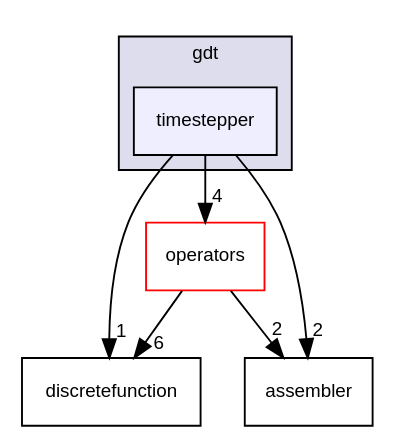
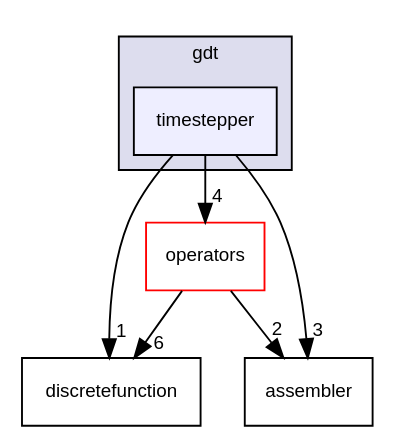
Before and after one commit to dune-community/dune-community.github.io: the diagram in docs/dune-gdt/''/dir_af7047e8b8f103b627ea592a78989197_dep.dot, drawn with Graphviz. The commit also changed 3703 other files, not shown here.

```diff
--- a/docs/dune-gdt/''/dir_af7047e8b8f103b627ea592a78989197_dep.dot
+++ b/docs/dune-gdt/''/dir_af7047e8b8f103b627ea592a78989197_dep.dot
@@ -1,17 +1,17 @@
 digraph "timestepper" {
   compound=true
   node [ fontsize="10", fontname="Helvetica"];
   edge [ labelfontsize="10", labelfontname="Helvetica"];
   subgraph clusterdir_34906b46abd2322068aa0195bd244708 {
     graph [ bgcolor="#ddddee", pencolor="black", label="gdt" fontname="Helvetica", fontsize="10", URL="dir_34906b46abd2322068aa0195bd244708.html"]
   dir_af7047e8b8f103b627ea592a78989197 [shape=box, label="timestepper", style="filled", fillcolor="#eeeeff", pencolor="black", URL="dir_af7047e8b8f103b627ea592a78989197.html"];
   }
   dir_e555b9af892587a8ff0beb600029e8f8 [shape=box label="discretefunction" URL="dir_e555b9af892587a8ff0beb600029e8f8.html"];
   dir_8eae17099f455a1cfbd2c25e13098b8a [shape=box label="operators" fillcolor="white" style="filled" color="red" URL="dir_8eae17099f455a1cfbd2c25e13098b8a.html"];
   dir_4c554f9d783d63f5e41bbf46d8f2008d [shape=box label="assembler" URL="dir_4c554f9d783d63f5e41bbf46d8f2008d.html"];
   dir_8eae17099f455a1cfbd2c25e13098b8a->dir_e555b9af892587a8ff0beb600029e8f8 [headlabel="6", labeldistance=1.5 headhref="dir_000005_000016.html"];
   dir_8eae17099f455a1cfbd2c25e13098b8a->dir_4c554f9d783d63f5e41bbf46d8f2008d [headlabel="2", labeldistance=1.5 headhref="dir_000005_000015.html"];
   dir_af7047e8b8f103b627ea592a78989197->dir_e555b9af892587a8ff0beb600029e8f8 [headlabel="1", labeldistance=1.5 headhref="dir_000004_000016.html"];
   dir_af7047e8b8f103b627ea592a78989197->dir_8eae17099f455a1cfbd2c25e13098b8a [headlabel="4", labeldistance=1.5 headhref="dir_000004_000005.html"];
-  dir_af7047e8b8f103b627ea592a78989197->dir_4c554f9d783d63f5e41bbf46d8f2008d [headlabel="2", labeldistance=1.5 headhref="dir_000004_000015.html"];
+  dir_af7047e8b8f103b627ea592a78989197->dir_4c554f9d783d63f5e41bbf46d8f2008d [headlabel="3", labeldistance=1.5 headhref="dir_000004_000015.html"];
 }
```
